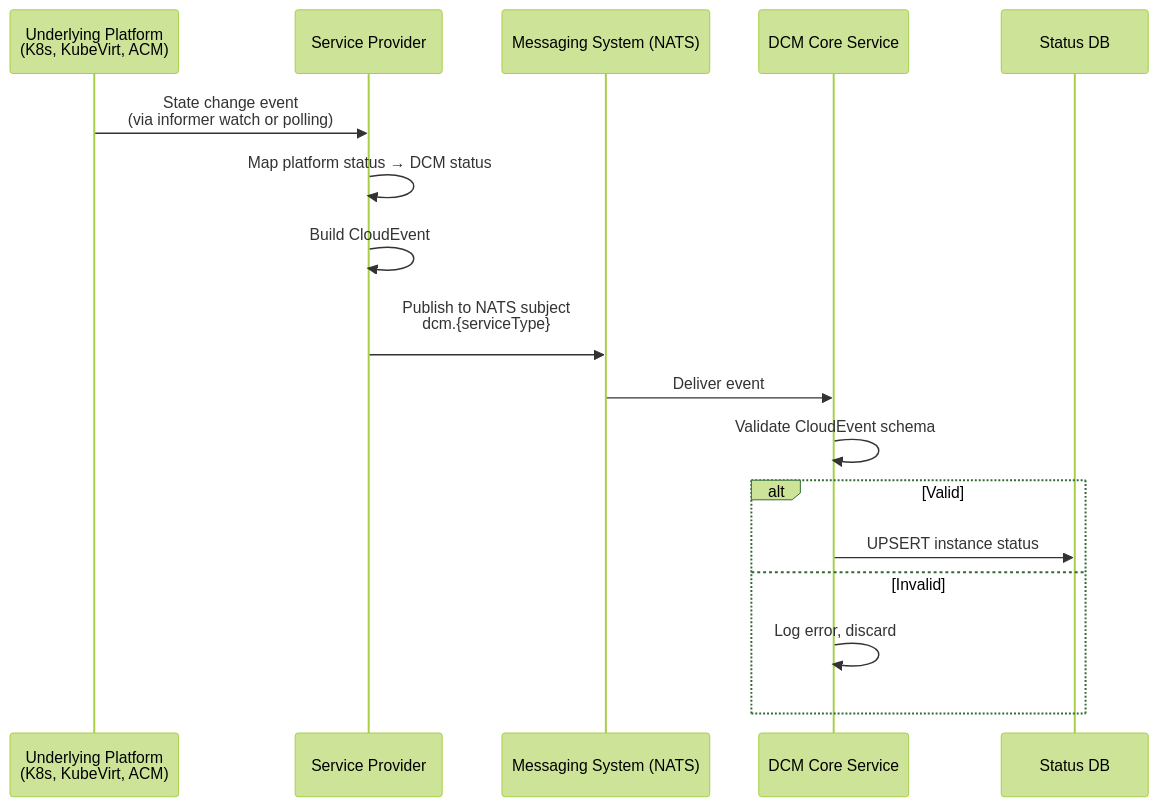
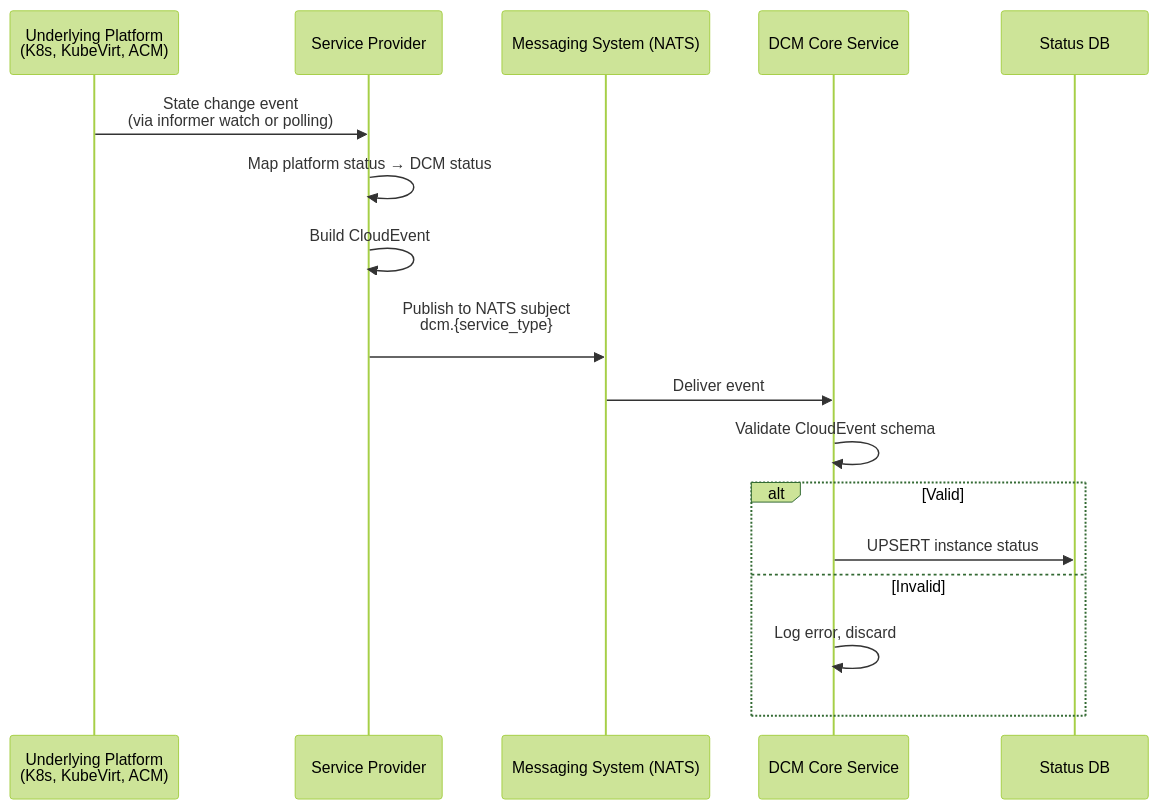
One commit to dcm-project/enhancements changed diagram 13 of 23 in enhancements/user-flows/user-flows.md. Above: the diagram before and after it, drawn with Mermaid (forest theme). The commit also changed other lines of this file and 19 other files, not shown here.

````diff
--- a/enhancements/user-flows/user-flows.md
+++ b/enhancements/user-flows/user-flows.md
@@ -742,21 +742,21 @@
 ```mermaid
 sequenceDiagram
     participant Platform as Underlying Platform<br/>(K8s, KubeVirt, ACM)
     participant SP as Service Provider
     participant MS as Messaging System (NATS)
     participant DCM as DCM Core Service
     participant DB as Status DB
 
     Platform->>SP: State change event<br/>(via informer watch or polling)
     SP->>SP: Map platform status → DCM status
     SP->>SP: Build CloudEvent
-    SP->>MS: Publish to NATS subject<br/>dcm.{serviceType}<br/>
+    SP->>MS: Publish to NATS subject<br/>dcm.{service_type}<br/>
 
     MS->>DCM: Deliver event
     DCM->>DCM: Validate CloudEvent schema
     alt Valid
         DCM->>DB: UPSERT instance status
     else Invalid
         DCM->>DCM: Log error, discard
     end
 ```
````
